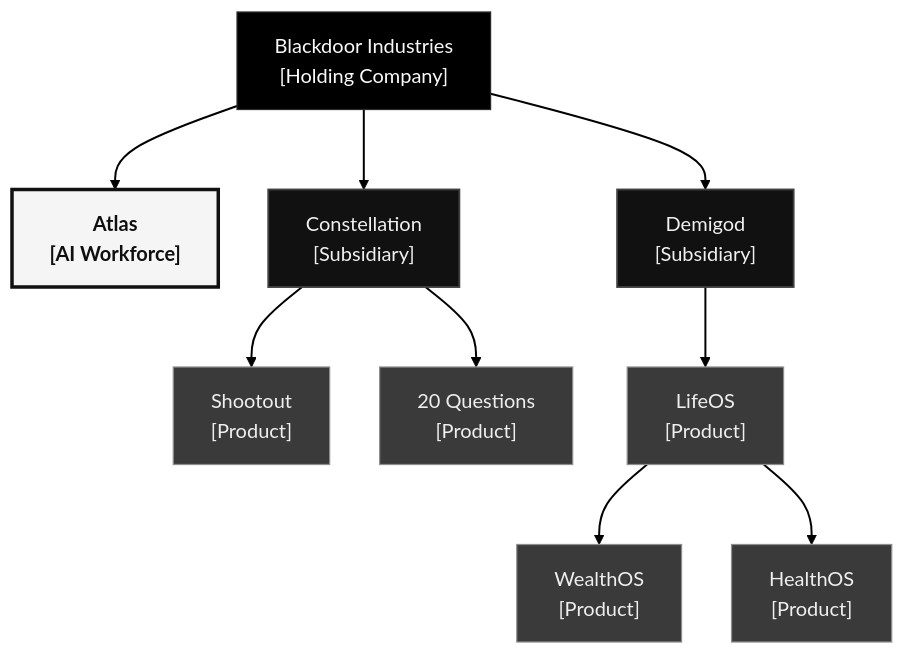
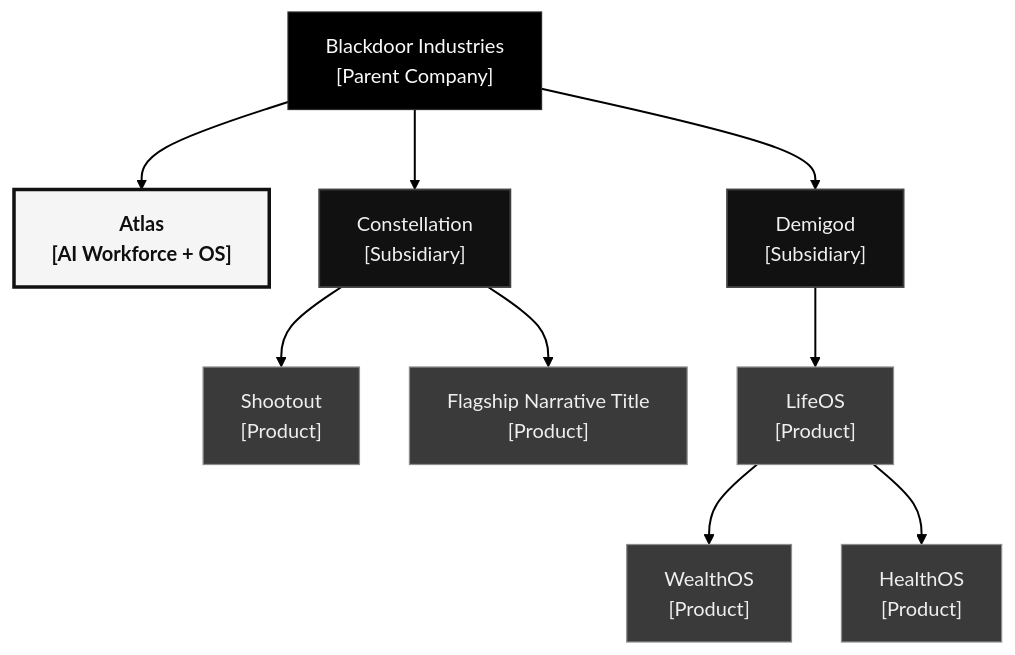
Before and after one commit to Blackdoor-Industries/.github: the first of 2 diagrams in profile/README.md, drawn with Mermaid. The commit also changed other lines of this file and 1 other file, not shown here.

````diff
--- a/profile/README.md
+++ b/profile/README.md
@@ -41,45 +41,45 @@
 ```mermaid
 %%{init: {
   "theme": "base",
   "flowchart": {
     "curve": "basis",
     "nodeSpacing": 40,
     "rankSpacing": 64
   },
   "themeVariables": {
     "fontFamily": "Helvetica, Arial, sans-serif",
     "lineColor": "#000000",
     "textColor": "#eaeaea",
     "primaryColor": "#181818",
     "primaryBorderColor": "#454545",
     "tertiaryColor": "#121212",
     "background": "#ffffff"
   }
 }}%%
 flowchart TB
-    BD["Blackdoor Industries<br/>[Holding Company]"]:::holding
-    ATLAS["Atlas<br/>[AI Workforce]"]:::atlas
+    BD["Blackdoor Industries<br/>[Parent Company]"]:::holding
+    ATLAS["Atlas<br/>[AI Workforce + OS]"]:::atlas
     CONST["Constellation<br/>[Subsidiary]"]:::subsidiary
     DEMI["Demigod<br/>[Subsidiary]"]:::subsidiary
     SHOOT["Shootout<br/>[Product]"]:::product
-    VN["20 Questions<br/>[Product]"]:::product
+    VN["Flagship Narrative Title<br/>[Product]"]:::product
     LIFE["LifeOS<br/>[Product]"]:::product
     WEATH["WealthOS<br/>[Product]"]:::product
     HEALTH["HealthOS<br/>[Product]"]:::product
 
     BD --> ATLAS
     BD --> CONST
     BD --> DEMI
     CONST --> SHOOT
     CONST --> VN
     DEMI --> LIFE
     LIFE --> WEATH
     LIFE --> HEALTH
 
     classDef holding fill:#000000,stroke:#2a2a2a,stroke-width:1px,color:#fafafa
     classDef atlas fill:#f5f5f5,stroke:#111111,stroke-width:2.8px,color:#0f0f0f,font-weight:700
     classDef subsidiary fill:#111111,stroke:#3f3f3f,stroke-width:1.5px,color:#f0f0f0
     classDef product fill:#3a3a3a,stroke:#8d8d8d,stroke-width:1px,color:#efefef
 
     linkStyle 0,1,2,3,4,5,6,7 stroke:#000000,stroke-width:1.6px
 ```
````
